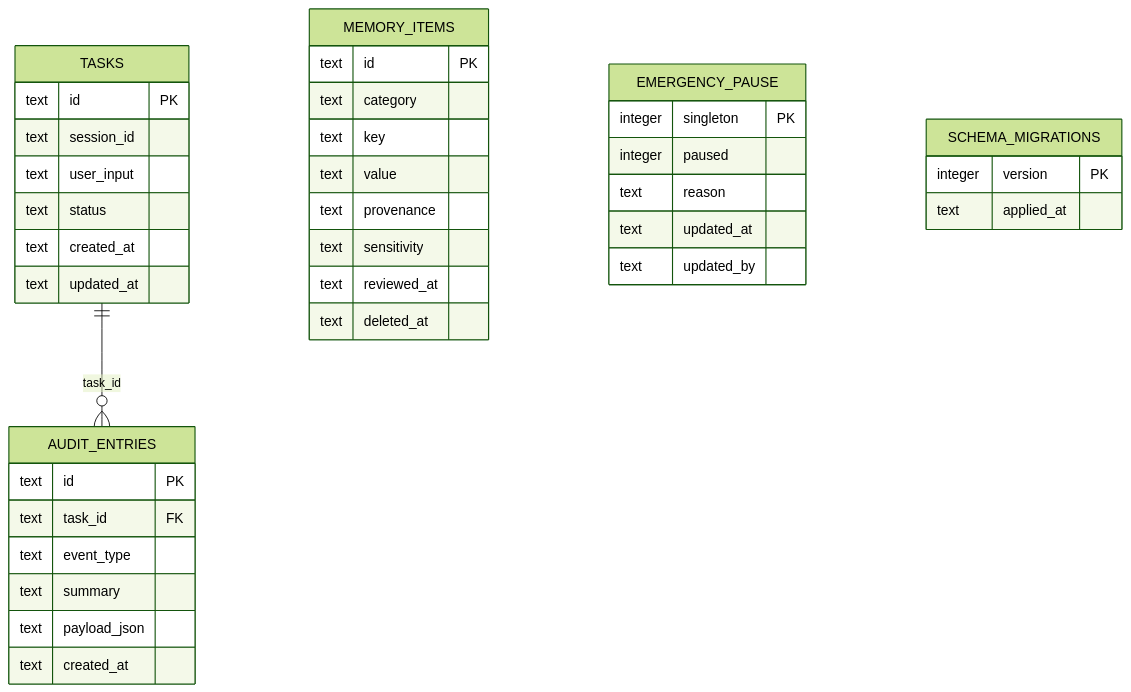
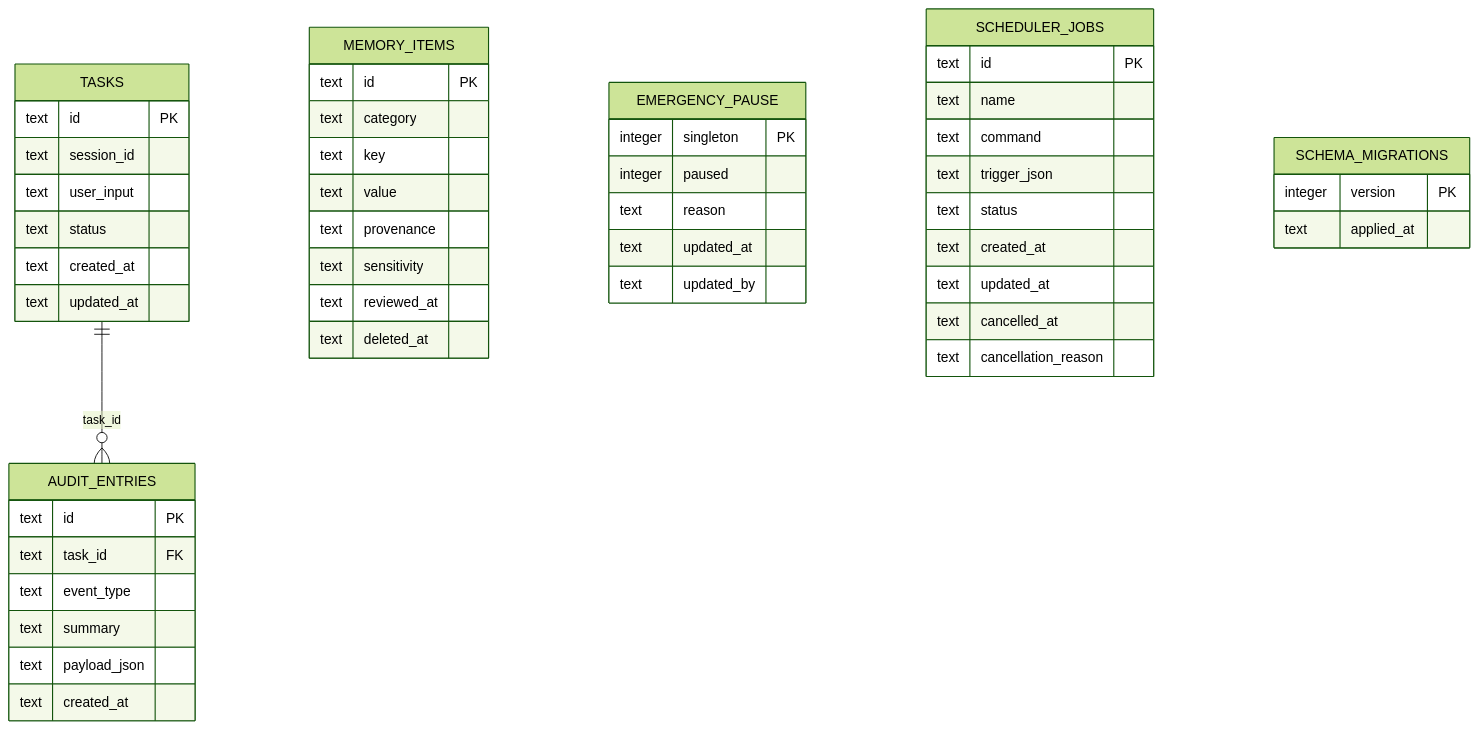
The fourth of 4 diagrams in docs/architecture-map.md (malak333/Assemblywright), drawn with Mermaid (forest theme) before and after one commit. The commit also changed other lines of this file and 6 other files, not shown here.

Commit message:
Align architecture docs with current Jarvis phases

````diff
--- a/docs/architecture-map.md
+++ b/docs/architecture-map.md
@@ -271,41 +274,52 @@
 ```mermaid
 erDiagram
     TASKS ||--o{ AUDIT_ENTRIES : "task_id"
     TASKS {
         text id PK
         text session_id
         text user_input
         text status
         text created_at
         text updated_at
     }
     AUDIT_ENTRIES {
         text id PK
         text task_id FK
         text event_type
         text summary
         text payload_json
         text created_at
     }
     MEMORY_ITEMS {
         text id PK
         text category
         text key
         text value
         text provenance
         text sensitivity
         text reviewed_at
         text deleted_at
     }
     EMERGENCY_PAUSE {
         integer singleton PK
         integer paused
         text reason
         text updated_at
         text updated_by
     }
+    SCHEDULER_JOBS {
+        text id PK
+        text name
+        text command
+        text trigger_json
+        text status
+        text created_at
+        text updated_at
+        text cancelled_at
+        text cancellation_reason
+    }
     SCHEMA_MIGRATIONS {
         integer version PK
         text applied_at
     }
 ```
````
